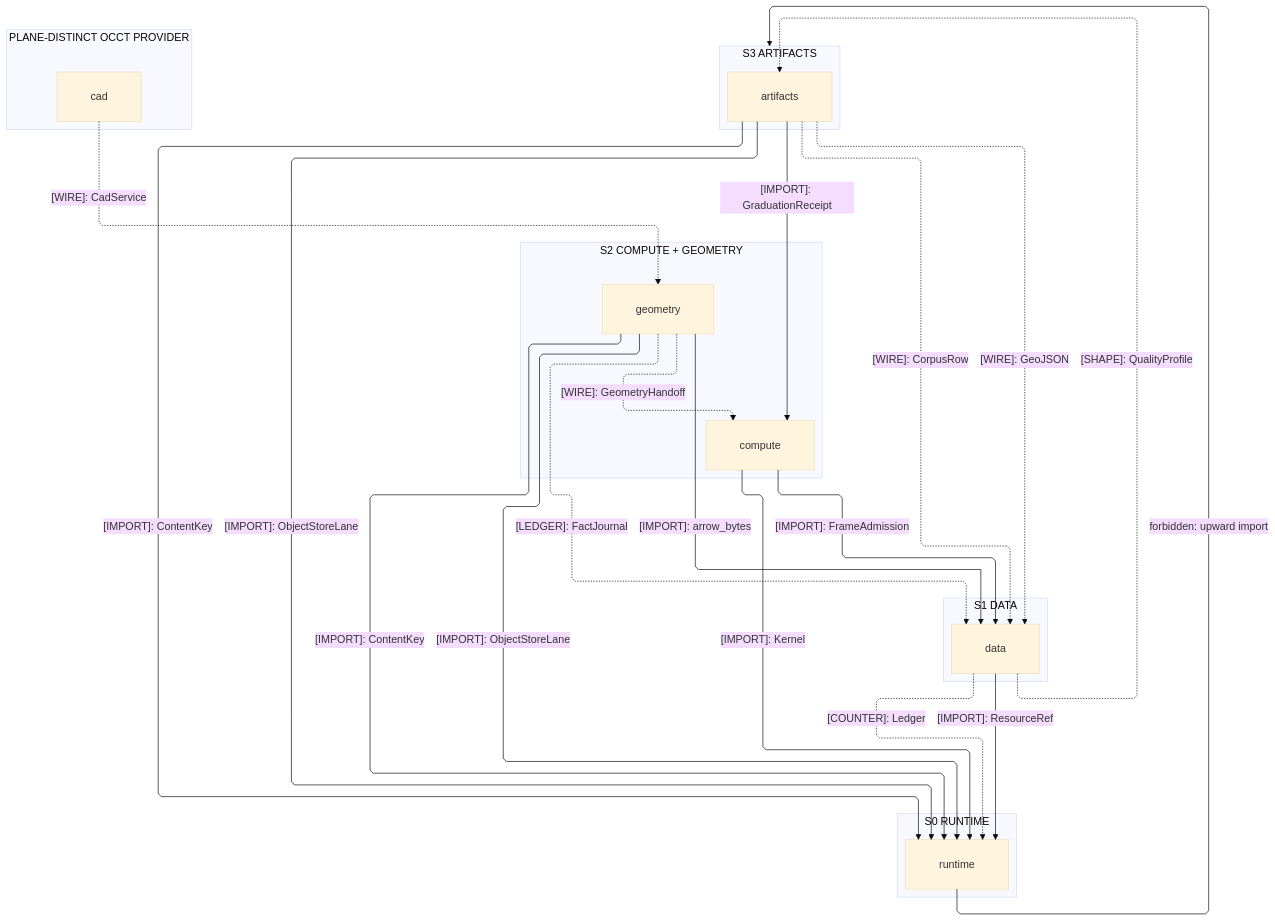
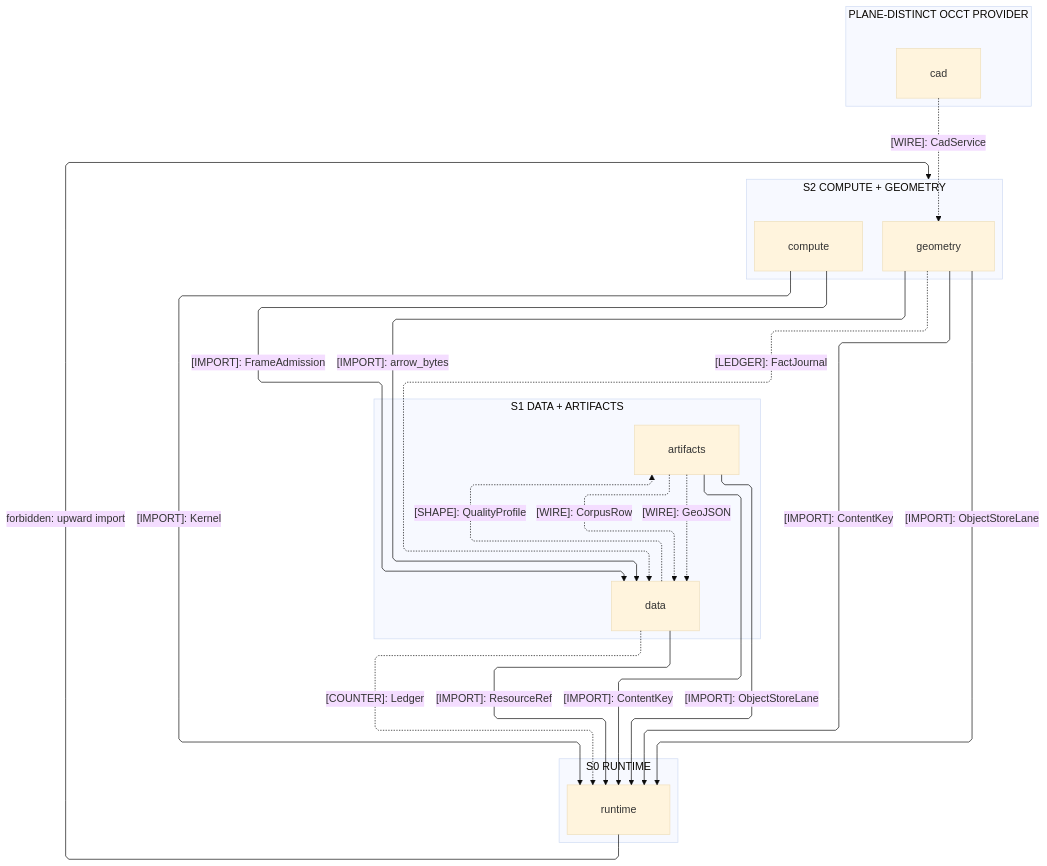
The first of 4 diagrams in libs/python/.planning/ARCHITECTURE.md (bsamiee/Rasm), drawn with Mermaid (base theme) before and after one commit. The commit also changed other lines of this file and 1417 other files, not shown here.

````diff
--- a/libs/python/.planning/ARCHITECTURE.md
+++ b/libs/python/.planning/ARCHITECTURE.md
@@ -34,46 +34,41 @@
 ```mermaid
 ---
 config:
   layout: elk
   flowchart:
     curve: linear
     padding: 25
 ---
 flowchart TB
     accTitle: Python branch import strata
-    accDescr: Import strata from artifacts down to the runtime foundation, wire-grain crossings dashed beside the root-bound Ledger counter-edge.
-    subgraph S3["S3 ARTIFACTS"]
-        Artifacts[artifacts]
-    end
+    accDescr: Package imports descend to the runtime foundation; dashed edges carry wire and counter-edge values.
     subgraph S2["S2 COMPUTE + GEOMETRY"]
         Compute[compute]
         Geometry[geometry]
     end
-    subgraph S1["S1 DATA"]
+    subgraph S1["S1 DATA + ARTIFACTS"]
+        Artifacts[artifacts]
         Data[data]
     end
     subgraph S0["S0 RUNTIME"]
         Runtime[runtime]
     end
     subgraph ISO["PLANE-DISTINCT OCCT PROVIDER"]
         Cad[cad]
     end
-    Artifacts e1@-->|"[IMPORT]: GraduationReceipt"| Compute
     Artifacts e2@-->|"[IMPORT]: ContentKey"| Runtime
     Artifacts e3@-->|"[IMPORT]: ObjectStoreLane"| Runtime
     Artifacts e4@-.->|"[WIRE]: CorpusRow"| Data
     Artifacts e5@-.->|"[WIRE]: GeoJSON"| Data
     Data e6@-.->|"[SHAPE]: QualityProfile"| Artifacts
     Compute e7@-->|"[IMPORT]: FrameAdmission"| Data
     Compute e8@-->|"[IMPORT]: Kernel"| Runtime
     Geometry e9@-->|"[IMPORT]: arrow_bytes"| Data
-    Geometry e10@-.->|"[WIRE]: GeometryHandoff"| Compute
     Geometry e11@-.->|"[LEDGER]: FactJournal"| Data
     Geometry e12@-->|"[IMPORT]: ContentKey"| Runtime
     Geometry e13@-->|"[IMPORT]: ObjectStoreLane"| Runtime
     Data e14@-->|"[IMPORT]: ResourceRef"| Runtime
     Data e15@-.->|"[COUNTER]: Ledger"| Runtime
-    Artifacts ~~~ Compute
-    Runtime f1@-->|"forbidden: upward import"| S3
+    Runtime f1@-->|"forbidden: upward import"| S2
     Cad e16@-.->|"[WIRE]: CadService"| Geometry
 ```
````
